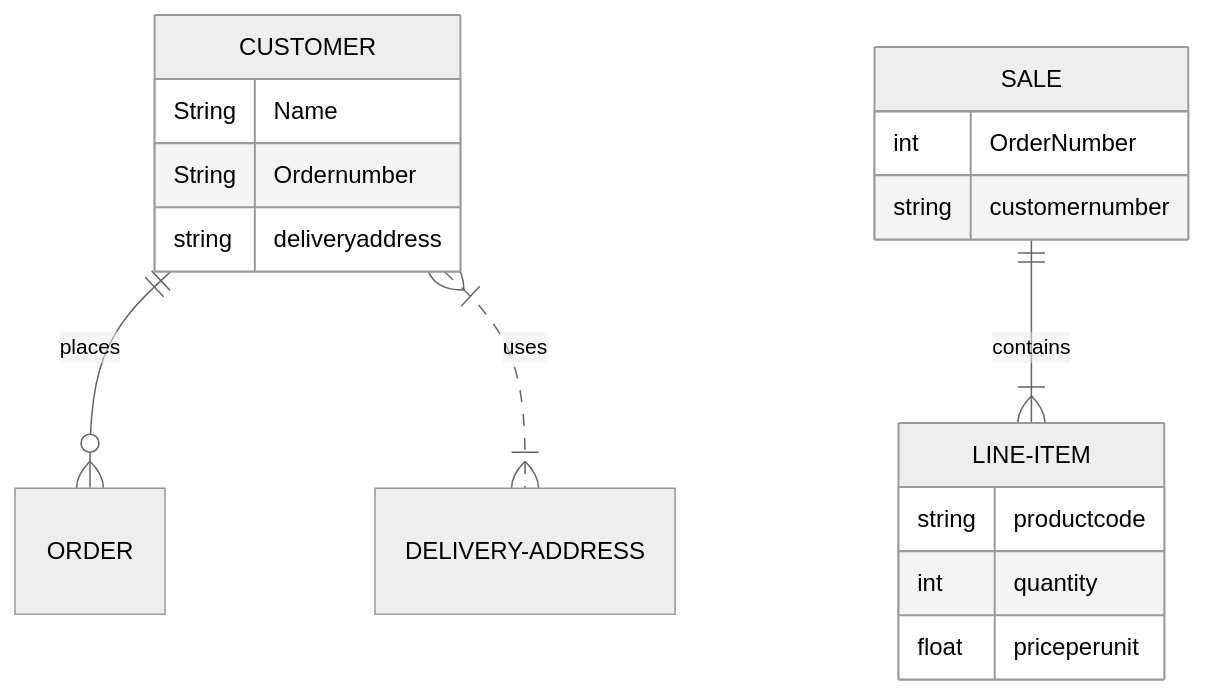
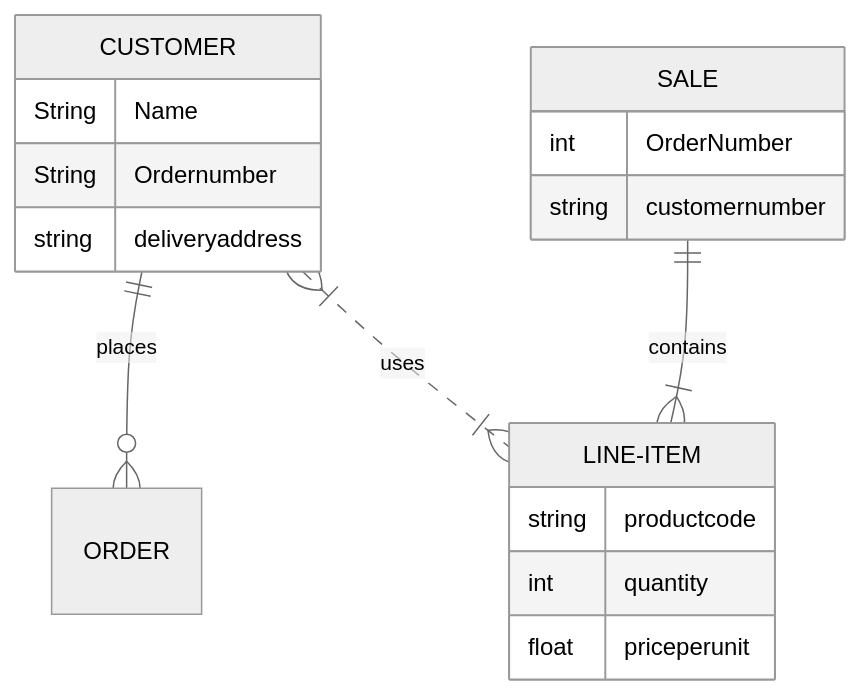
Before and after one commit to slaucks/slaucks.github.io: the diagram in NikeStore_ERD.md, drawn with Mermaid (neutral theme).

````diff
--- a/NikeStore_ERD.md
+++ b/NikeStore_ERD.md
@@ -1,21 +1,21 @@
 ```mermaid
 erDiagram
     CUSTOMER ||--o{ ORDER : places
     CUSTOMER {
            String Name
            String Ordernumber
            string deliveryaddress
 }
     SALE ||--|{ LINE-ITEM : contains
     SALE { 
        int OrderNumber
        string customernumber
     }
-    CUSTOMER }|..|{ DELIVERY-ADDRESS : uses
+    CUSTOMER }|..|{ LINE-ITEM : uses
     LINE-ITEM {
           string productcode
           int quantity
           float priceperunit
     }
 
 ```
````
